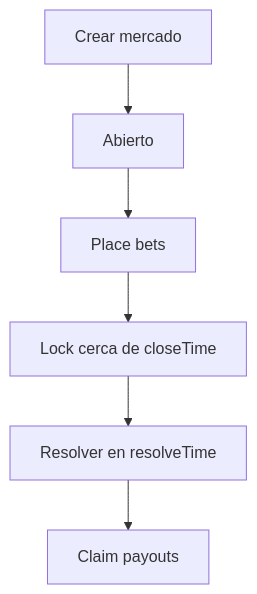
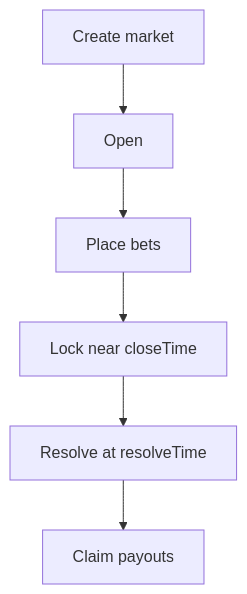
One commit to Quantumquirkz/PraesagiumChain changed the fifth of 5 diagrams in docs/architecture-and-design.md. Above: the diagram before and after it, drawn with Mermaid. The commit also changed other lines of this file and 5 other files, not shown here.

````diff
--- a/docs/architecture-and-design.md
+++ b/docs/architecture-and-design.md
@@ -176,8 +188,8 @@
 ```mermaid
 flowchart TD
-    Create[Crear mercado] --> Open[Abierto]
+    Create[Create market] --> Open[Open]
     Open --> Bets[Place bets]
-    Bets --> Lock[Lock cerca de closeTime]
-    Lock --> Resolve[Resolver en resolveTime]
+    Bets --> Lock[Lock near closeTime]
+    Lock --> Resolve[Resolve at resolveTime]
     Resolve --> Payout[Claim payouts]
 ```
````
